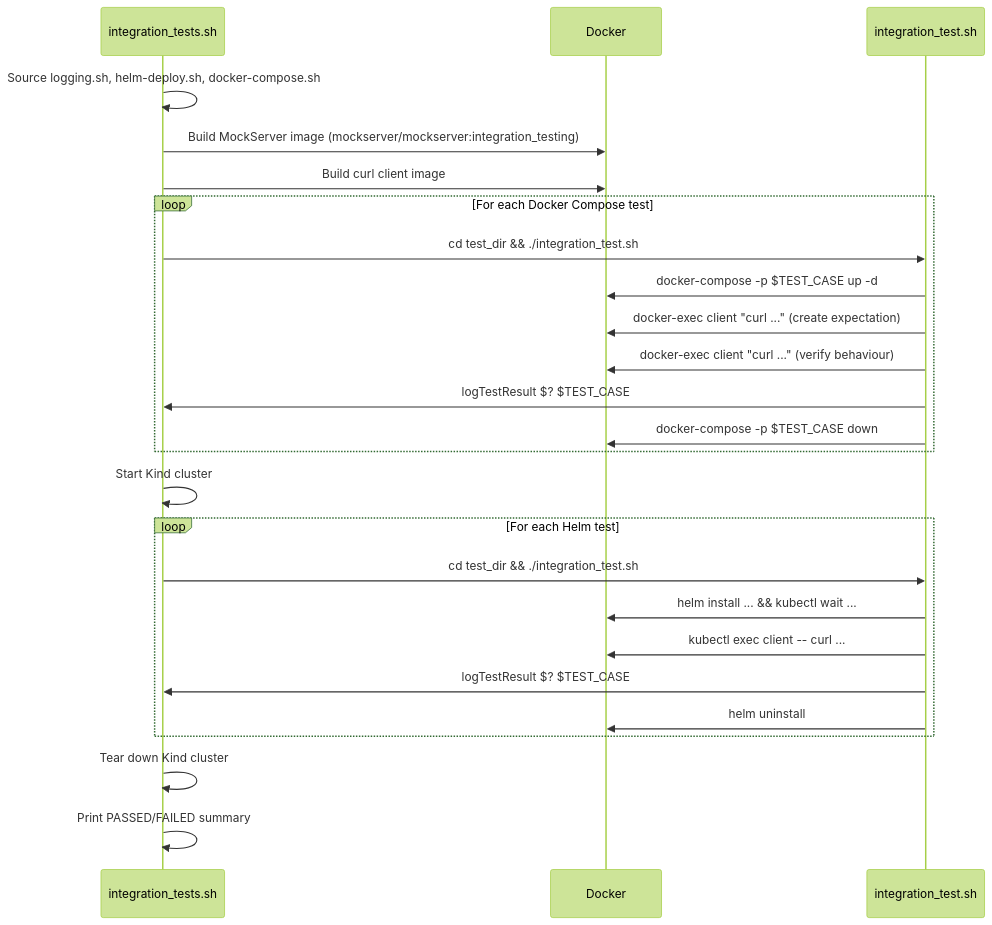
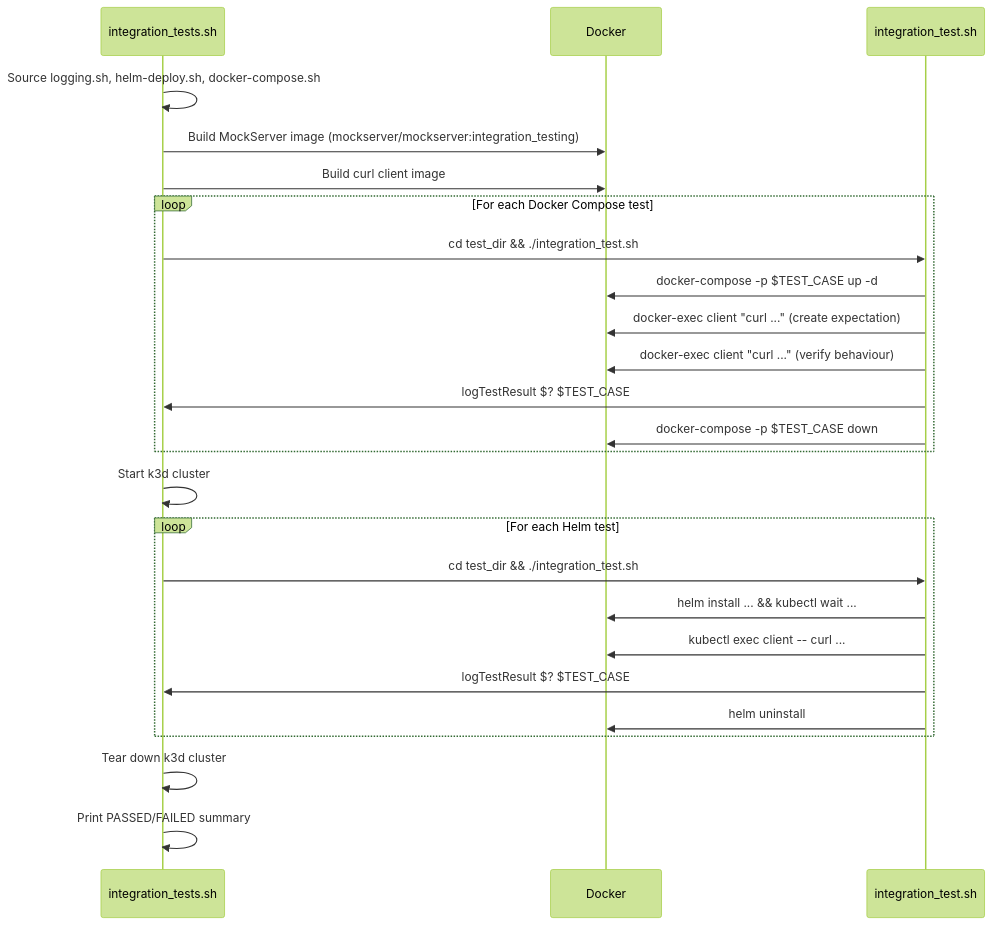
Before and after one commit to mock-server/mockserver: the third of 3 diagrams in docs/testing.md, drawn with Mermaid (forest theme). The commit also changed other lines of this file and 31 other files, not shown here.

````diff
--- a/docs/testing.md
+++ b/docs/testing.md
@@ -307,31 +321,31 @@
 ```mermaid
 sequenceDiagram
     participant R as integration_tests.sh
     participant D as Docker
     participant T as integration_test.sh
 
     R->>R: Source logging.sh, helm-deploy.sh, docker-compose.sh
     R->>D: Build MockServer image (mockserver/mockserver:integration_testing)
     R->>D: Build curl client image
 
     loop For each Docker Compose test
         R->>T: cd test_dir && ./integration_test.sh
         T->>D: docker-compose -p $TEST_CASE up -d
         T->>D: docker-exec client "curl ..." (create expectation)
         T->>D: docker-exec client "curl ..." (verify behaviour)
         T->>R: logTestResult $? $TEST_CASE
         T->>D: docker-compose -p $TEST_CASE down
     end
 
-    R->>R: Start Kind cluster
+    R->>R: Start k3d cluster
     loop For each Helm test
         R->>T: cd test_dir && ./integration_test.sh
         T->>D: helm install ... && kubectl wait ...
         T->>D: kubectl exec client -- curl ...
         T->>R: logTestResult $? $TEST_CASE
         T->>D: helm uninstall
     end
-    R->>R: Tear down Kind cluster
+    R->>R: Tear down k3d cluster
 
     R->>R: Print PASSED/FAILED summary
 ```
````
